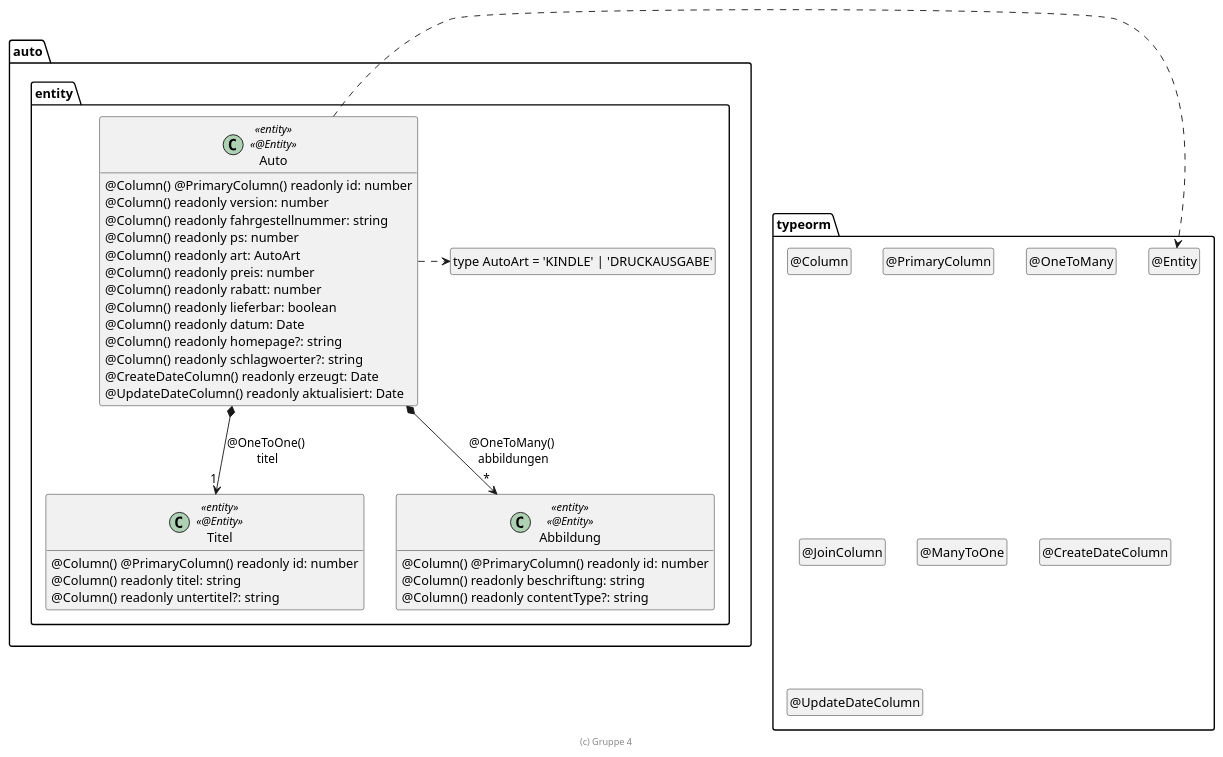
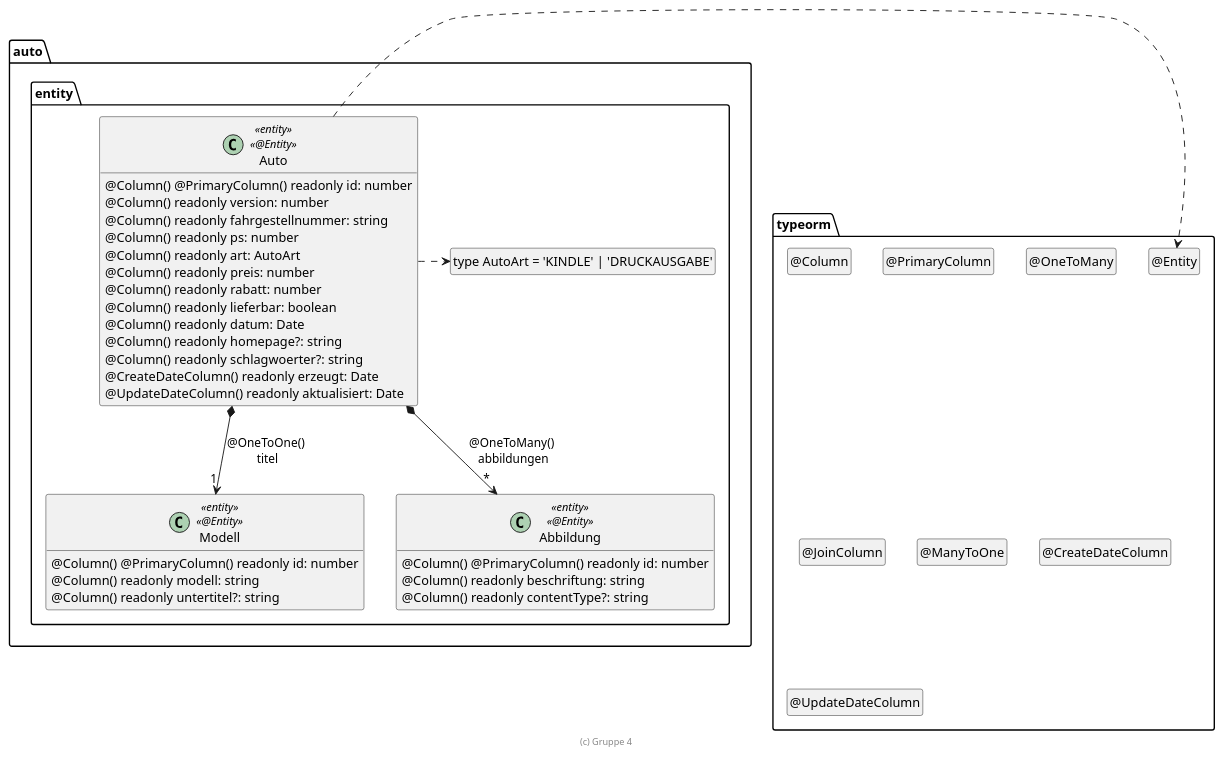
The diagram in .extras/doc/projekthandbuch/Auto.plantuml (dominikwipfler/swe), drawn with PlantUML before and after one commit. The commit also changed 18 other files, not shown here.

```diff
--- a/.extras/doc/projekthandbuch/Auto.plantuml
+++ b/.extras/doc/projekthandbuch/Auto.plantuml
@@ -18,65 +18,65 @@
 @startuml Entity
 
 package typeorm {
   class "@Entity" as Entity
   hide Entity circle
   class "@Column" as Column
   hide Column circle
   class "@PrimaryColumn" as PrimaryColumn
   hide PrimaryColumn circle
   class "@OneToMany" as OneToMany
   hide OneToMany circle
   class "@JoinColumn" as JoinColumn
   hide JoinColumn circle
   class "@ManyToOne" as ManyToOne
   hide ManyToOne circle
   class "@CreateDateColumn" as CreateDateColumn
   hide CreateDateColumn circle
   class "@UpdateDateColumn" as UpdateDateColumn
   hide UpdateDateColumn circle
 }
 
 package auto.entity {
   class "type AutoArt = 'KINDLE' | 'DRUCKAUSGABE'" as AutoArt
   hide AutoArt circle
 
   class Auto <<entity>> <<@Entity>> {
     @Column() @PrimaryColumn() readonly id: number
     @Column() readonly version: number
     @Column() readonly fahrgestellnummer: string
     @Column() readonly ps: number
     @Column() readonly art: AutoArt
     @Column() readonly preis: number
     @Column() readonly rabatt: number
     @Column() readonly lieferbar: boolean
     @Column() readonly datum: Date
     @Column() readonly homepage?: string
     @Column() readonly schlagwoerter?: string
     @CreateDateColumn() readonly erzeugt: Date
     @UpdateDateColumn() readonly aktualisiert: Date
   }
 
-  class Titel <<entity>> <<@Entity>> {
+  class Modell <<entity>> <<@Entity>> {
     @Column() @PrimaryColumn() readonly id: number
-    @Column() readonly titel: string
+    @Column() readonly modell: string
     @Column() readonly untertitel?: string
   }
 
   class Abbildung <<entity>> <<@Entity>> {
     @Column() @PrimaryColumn() readonly id: number
     @Column() readonly beschriftung: string
     @Column() readonly contentType?: string
   }
 
-  Auto *--> "1" Titel : @OneToOne() \ntitel
+  Auto *--> "1" Modell : @OneToOne() \ntitel
   Auto *--> "*" Abbildung : @OneToMany() \nabbildungen
 
   Auto .right.> Entity
   Auto .right.> AutoArt
 }
 
 hide empty members
 
 footer (c) Gruppe 4
 
 @enduml
```
